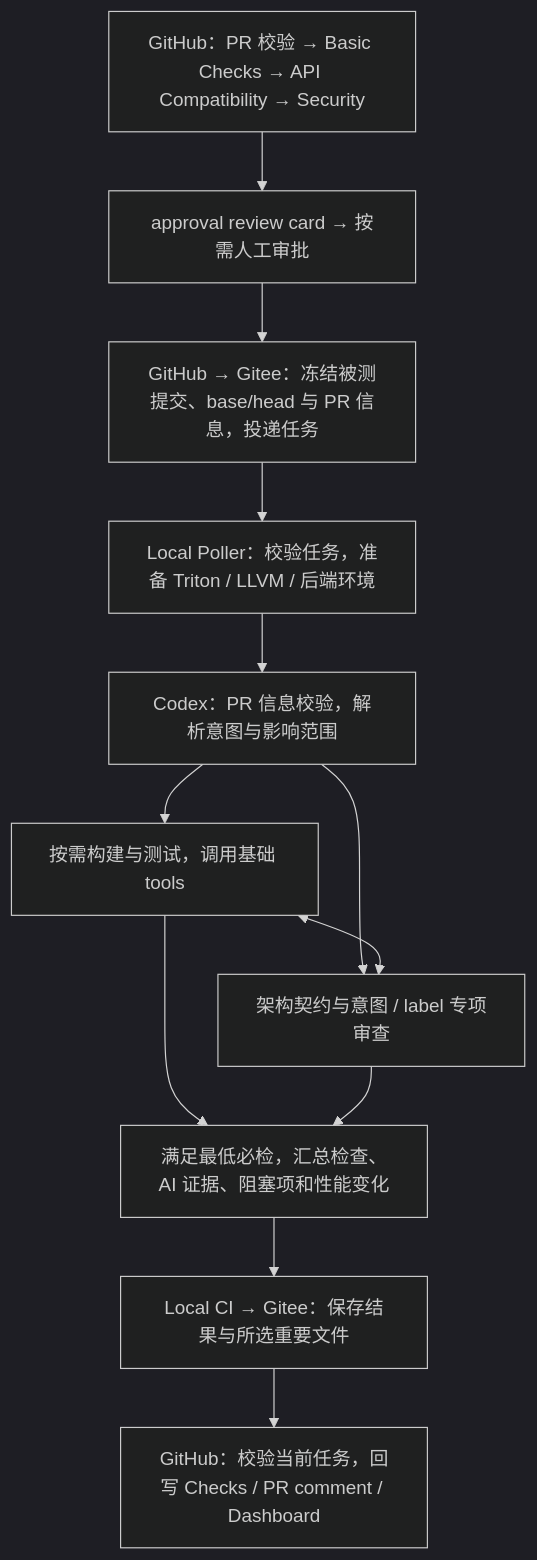
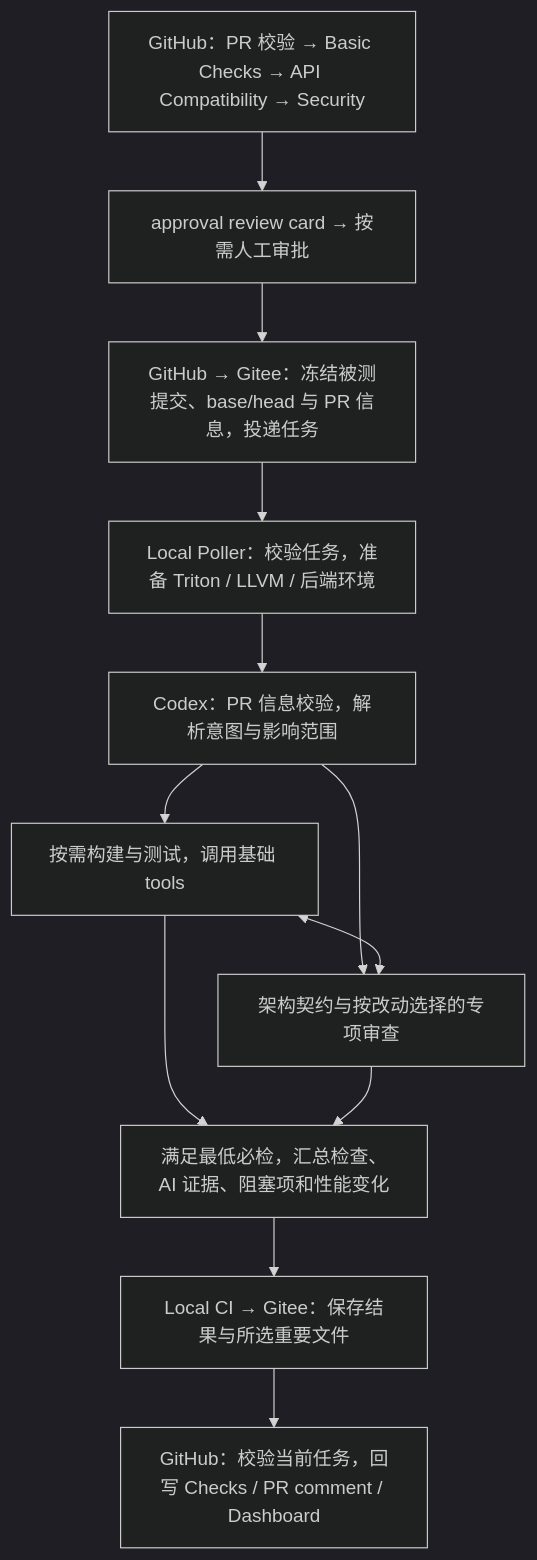
One commit to likehupochuan/triton-anchor changed the diagram in scripts/local_ci/README.md. Above: the diagram before and after it, drawn with Mermaid (dark theme). The commit also changed other lines of this file and 9 other files, not shown here.

````diff
--- a/scripts/local_ci/README.md
+++ b/scripts/local_ci/README.md
@@ -8,14 +8,14 @@
 ```mermaid
 flowchart TD
   A[GitHub：PR 校验 → Basic Checks → API Compatibility → Security] --> B[approval review card → 按需人工审批]
   B --> C[GitHub → Gitee：冻结被测提交、base/head 与 PR 信息，投递任务]
   C --> D[Local Poller：校验任务，准备 Triton / LLVM / 后端环境]
   D --> E[Codex：PR 信息校验，解析意图与影响范围]
   E --> F[按需构建与测试，调用基础 tools]
-  E --> G[架构契约与意图 / label 专项审查]
+  E --> G[架构契约与按改动选择的专项审查]
   F <--> G
   F --> H[满足最低必检，汇总检查、AI 证据、阻塞项和性能变化]
   G --> H
   H --> I[Local CI → Gitee：保存结果与所选重要文件]
   I --> J[GitHub：校验当前任务，回写 Checks / PR comment / Dashboard]
 ```
````
